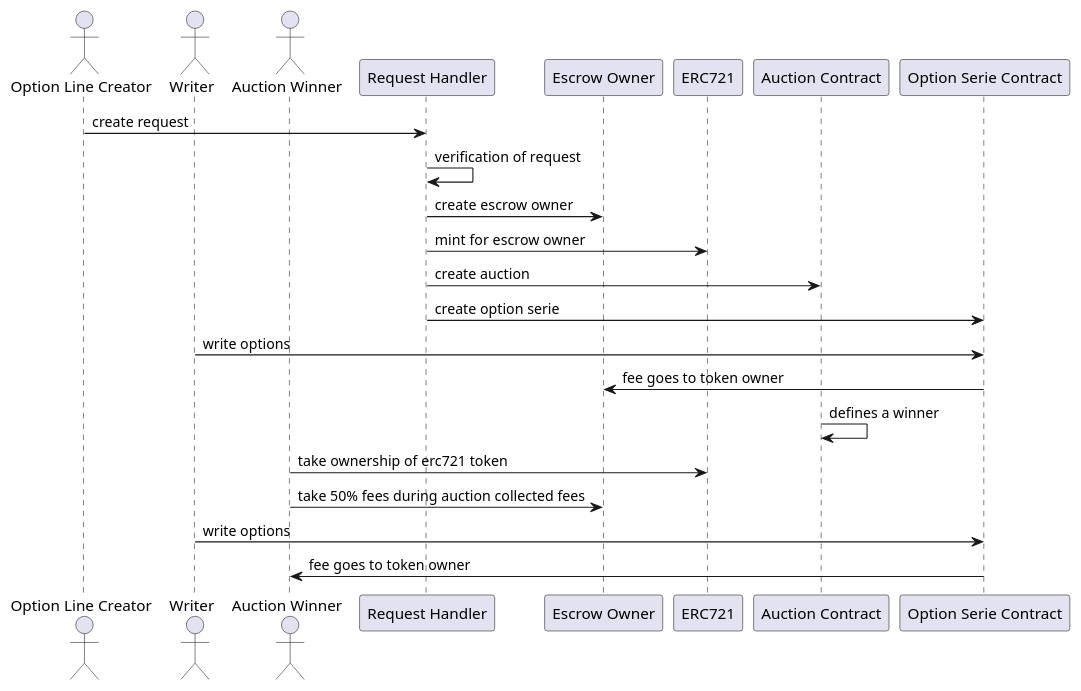
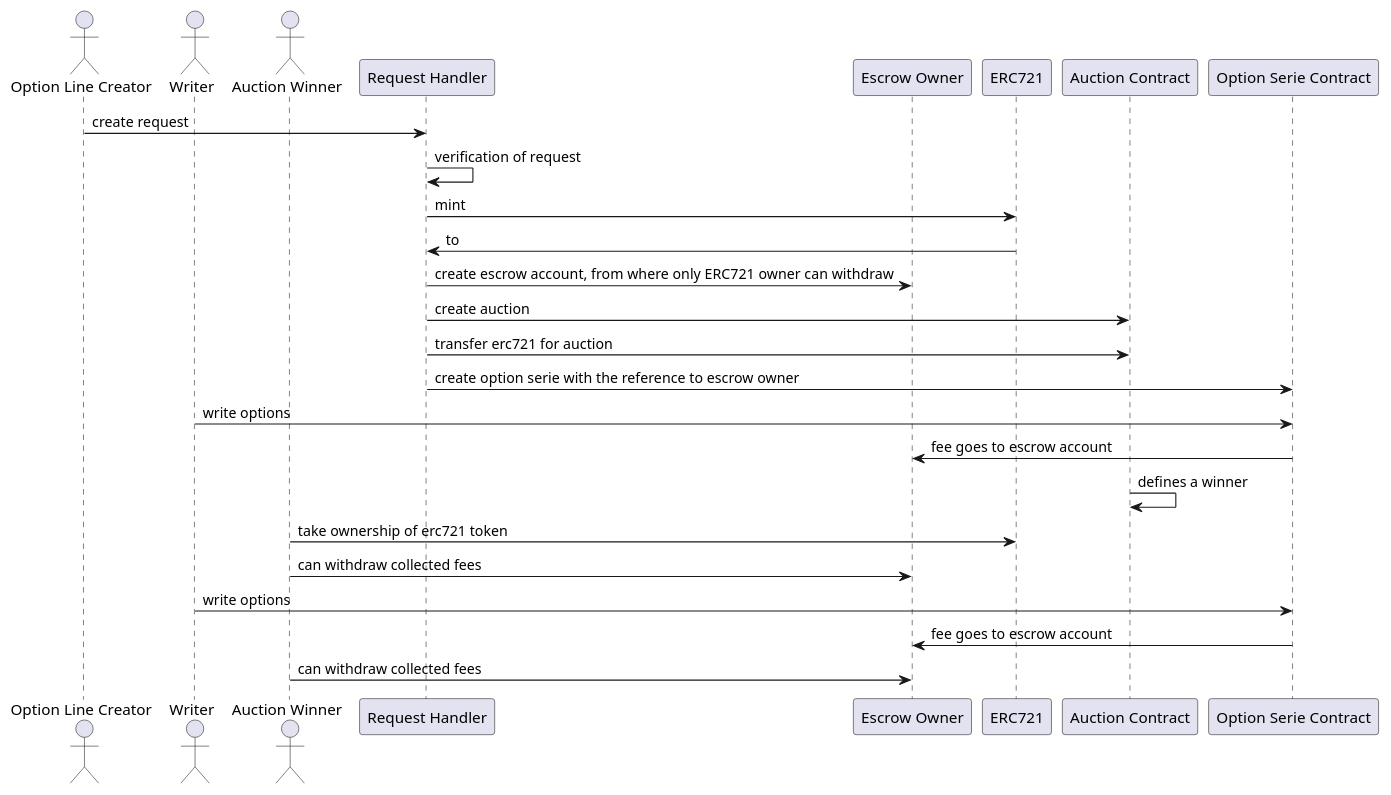
One commit to mxn/eth_option changed the diagram in docs/dias/create_option_serie.puml. Above: the diagram before and after it, drawn with PlantUML. The commit also changed 1 other file, not shown here.

Commit message:
new seq dia for option serie creation

```diff
--- a/docs/dias/create_option_serie.puml
+++ b/docs/dias/create_option_serie.puml
@@ -1,30 +1,36 @@
 @startuml
 actor "Option Line Creator" as creator
 actor "Writer" as writer
 actor "Auction Winner" as auction_winner
 participant "Request Handler" as req_handler
 participant "Escrow Owner" as created_owner
 participant "ERC721" as erc721
 participant "Auction Contract" as auction
 participant "Option Serie Contract" as opt_serie
 
 creator -> req_handler: create request
 req_handler -> req_handler: verification of request
-req_handler -> created_owner: create escrow owner
-req_handler -> erc721: mint for escrow owner
+req_handler -> erc721: mint
+erc721 -> req_handler: to 
+req_handler -> created_owner: create escrow account, from where only ERC721 owner can withdraw 
+
 req_handler -> auction: create auction
-req_handler -> opt_serie: create option serie
+req_handler -> auction: transfer erc721 for auction
+
+req_handler -> opt_serie: create option serie with the reference to escrow owner
 
 writer -> opt_serie: write options
-opt_serie -> created_owner: fee goes to token owner
+opt_serie -> created_owner: fee goes to escrow account
 
 auction -> auction: defines a winner
 auction_winner -> erc721: take ownership of erc721 token
-auction_winner -> created_owner: take 50% fees during auction collected fees
+auction_winner -> created_owner: can withdraw collected fees
 
 
 writer -> opt_serie: write options
-opt_serie -> auction_winner: fee goes to token owner
+opt_serie -> created_owner: fee goes to escrow account
+auction_winner -> created_owner: can withdraw collected fees
+
 
 
 @enduml
```
